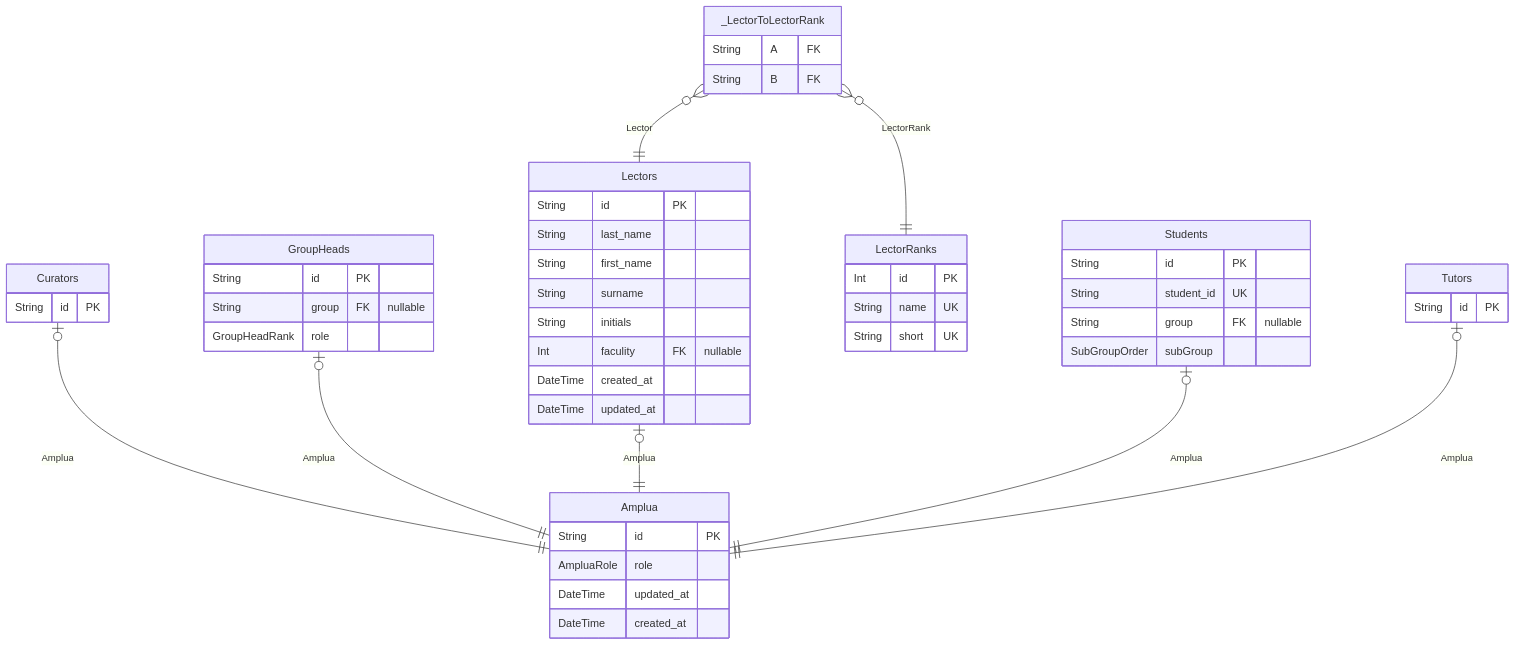
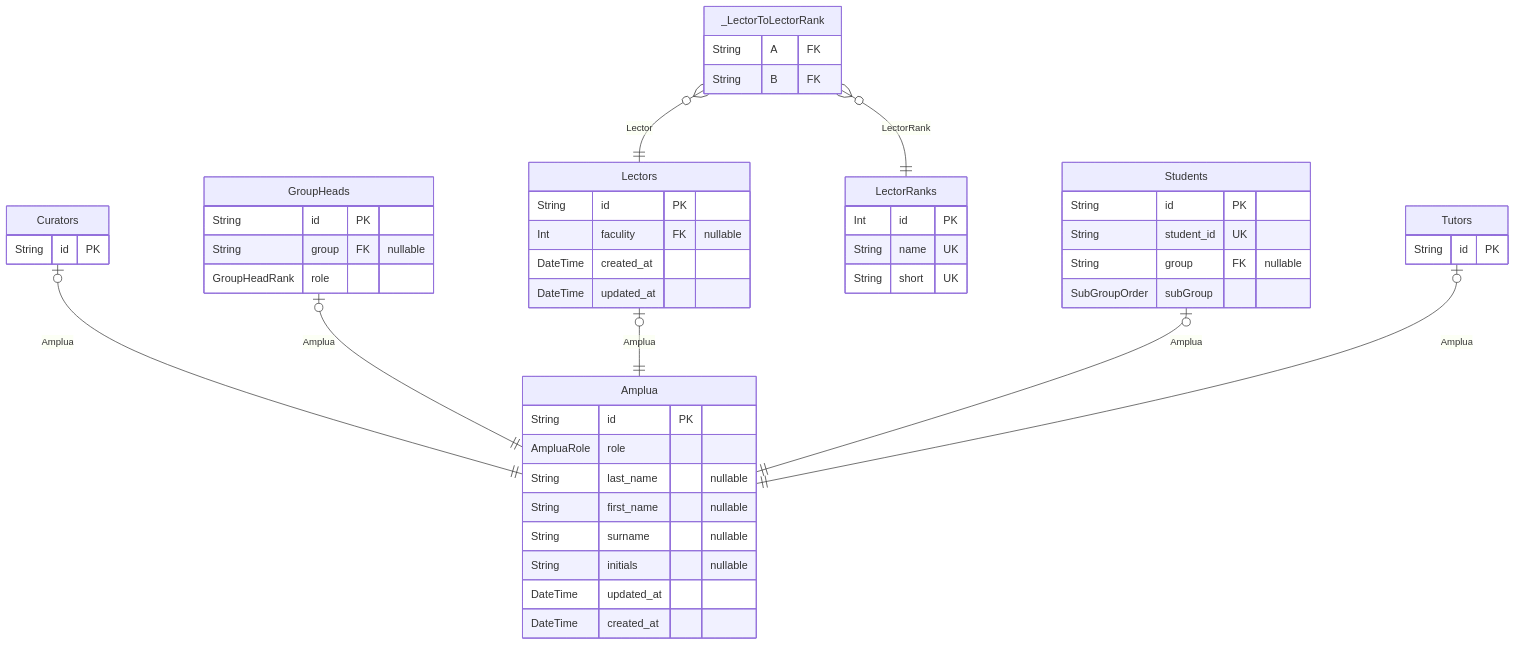
Before and after one commit to NeatDeveloper/Thodle: the first of 4 diagrams in packages/db/prisma/ThodleDatabase.md, drawn with Mermaid. The commit also changed other lines of this file and 74 other files, not shown here.

````diff
--- a/packages/db/prisma/ThodleDatabase.md
+++ b/packages/db/prisma/ThodleDatabase.md
@@ -10,52 +10,52 @@
 ```mermaid
 erDiagram
 "Amplua" {
   String id PK
   AmpluaRole role
+  String last_name "nullable"
+  String first_name "nullable"
+  String surname "nullable"
+  String initials "nullable"
   DateTime updated_at
   DateTime created_at
 }
 "Curators" {
   String id PK
 }
 "GroupHeads" {
   String id PK
   String group FK "nullable"
   GroupHeadRank role
 }
 "Lectors" {
   String id PK
-  String last_name
-  String first_name
-  String surname
-  String initials
   Int faculity FK "nullable"
   DateTime created_at
   DateTime updated_at
 }
 "LectorRanks" {
   Int id PK
   String name UK
   String short UK
 }
 "Students" {
   String id PK
   String student_id UK
   String group FK "nullable"
   SubGroupOrder subGroup
 }
 "Tutors" {
   String id PK
 }
 "_LectorToLectorRank" {
   String A FK
   String B FK
 }
 "Curators" |o--|| "Amplua" : Amplua
 "GroupHeads" |o--|| "Amplua" : Amplua
 "Lectors" |o--|| "Amplua" : Amplua
 "Students" |o--|| "Amplua" : Amplua
 "Tutors" |o--|| "Amplua" : Amplua
 "_LectorToLectorRank" }o--|| "Lectors" : Lector
 "_LectorToLectorRank" }o--|| "LectorRanks" : LectorRank
 ```
````
